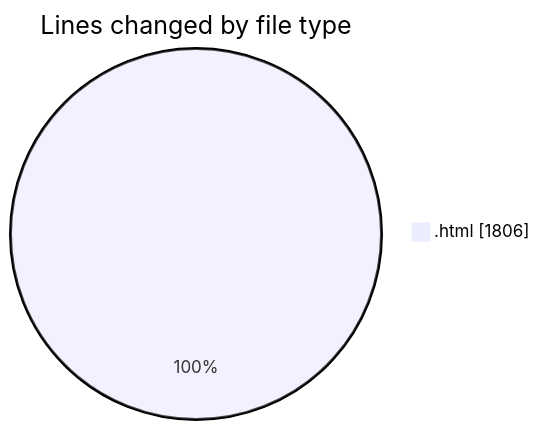
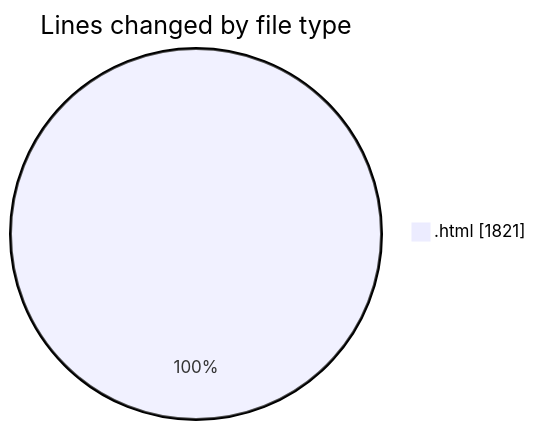
The first of 2 diagrams in 2025-06-27/horizon/README.md (vahidmafi/code-tracking), drawn with Mermaid before and after one commit. The commit also changed other lines of this file and 1 other file, not shown here.

````diff
--- a/2025-06-27/horizon/README.md
+++ b/2025-06-27/horizon/README.md
@@ -21,5 +21,5 @@
 ```mermaid
 pie showData
 title Lines changed by file type
-".html" : 1806
+".html" : 1821
 ```
````
